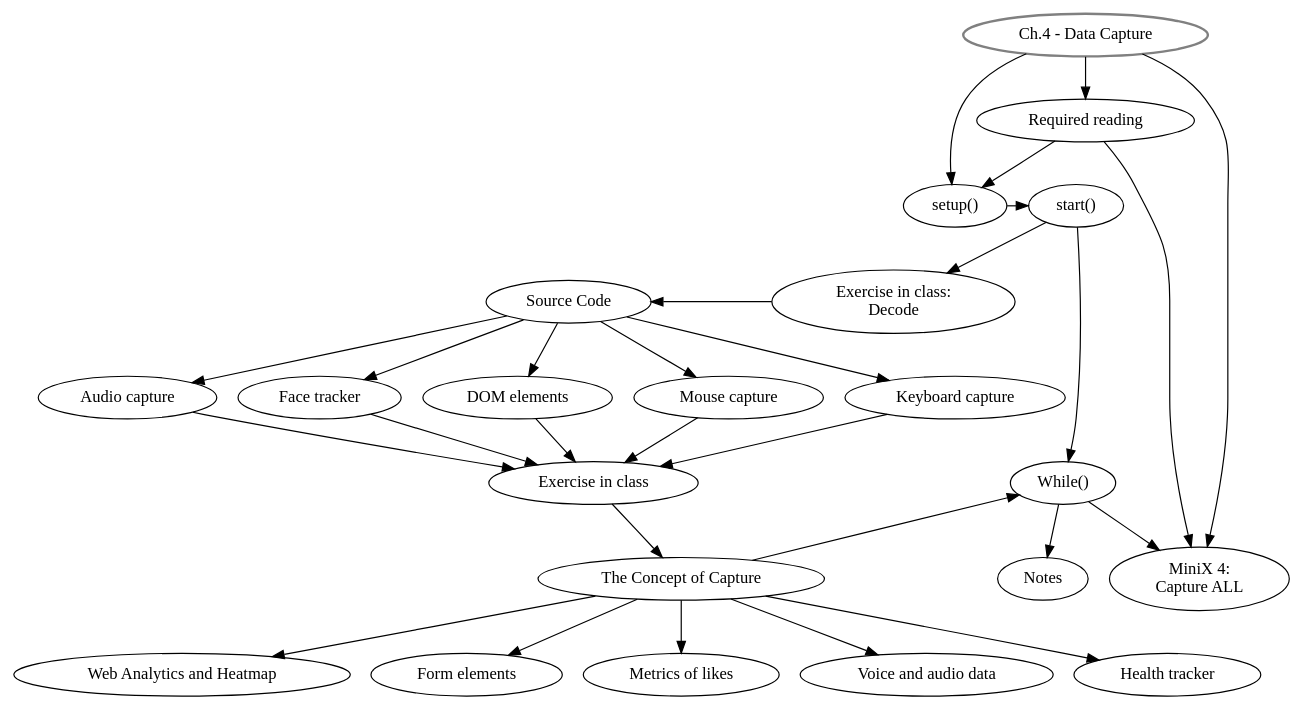
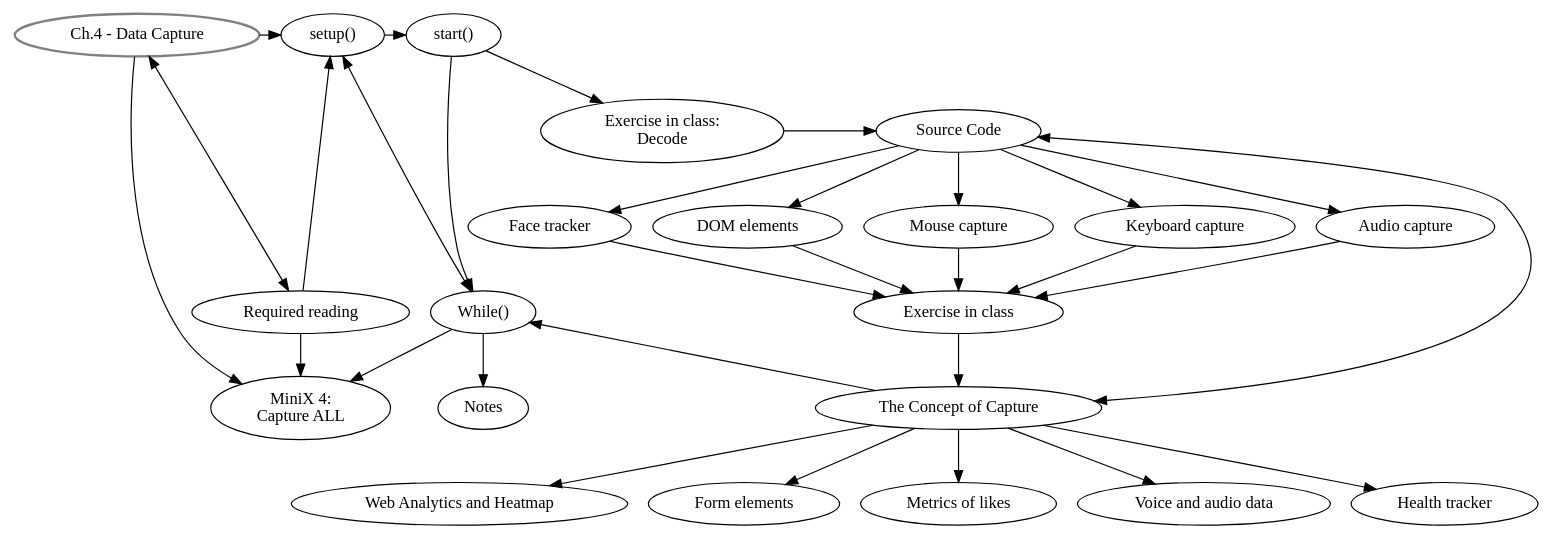
One commit to danbz/aesthetic-programming changed the diagram in graphviz/AP_ch4.dot. Above: the diagram before and after it, drawn with Graphviz. The commit also changed 2 other files, not shown here.

Commit message:
ch.4 flowchart

```diff
--- a/graphviz/AP_ch4.dot
+++ b/graphviz/AP_ch4.dot
@@ -1,44 +1,48 @@
 digraph G {
 //labels
 GS [
 label="Ch.4 - Data Capture",
 style=bold,
 color=grey,
 ]
 
 SU [label="setup()"]
 ST [label="start()"]
 DE [label="Exercise in class: \nDecode"]
 SC [label="Source Code"]
 DOM [label="DOM elements"]
 MC [label="Mouse capture"]
 KC [label="Keyboard capture"]
 AC [label="Audio capture"]
 FT [label="Face tracker"]
 EiC [label="Exercise in class"]
 CC [label="The Concept of Capture"]
 WA [label="Web Analytics and Heatmap"]
 FE [label="Form elements"]
 ML [label="Metrics of likes"]
 VD [label="Voice and audio data"]
 HT [label="Health tracker"]
 MW [label="While()"]
 MX [label="MiniX 4: \nCapture ALL"]
 RR [label="Required reading"]
 Notes [label="Notes"]
 
 //rank
-{rank = same; SU, ST}
+{rank = same; GS, SU, ST}
 {rank = same; DE, SC}
 {rank = same; MW, EiC}
+{rank = same; Notes, CC}
 
 //graph
 GS -> SU -> ST -> DE -> SC;
-GS -> RR, MX;
+GS -> RR[dir=both, minlen=3];
+SU -> MW [dir=both];
+GS -> MX;
 RR -> MX, SU;
 SC -> DOM, MC, KC, AC, FT;
 DOM, MC, KC, AC, FT -> EiC -> CC;
+SC -> CC [dir=both];
 CC -> WA, FE, ML, VD, HT;
 ST, CC -> MW -> Notes;
 MW -> MX;
 }
```
